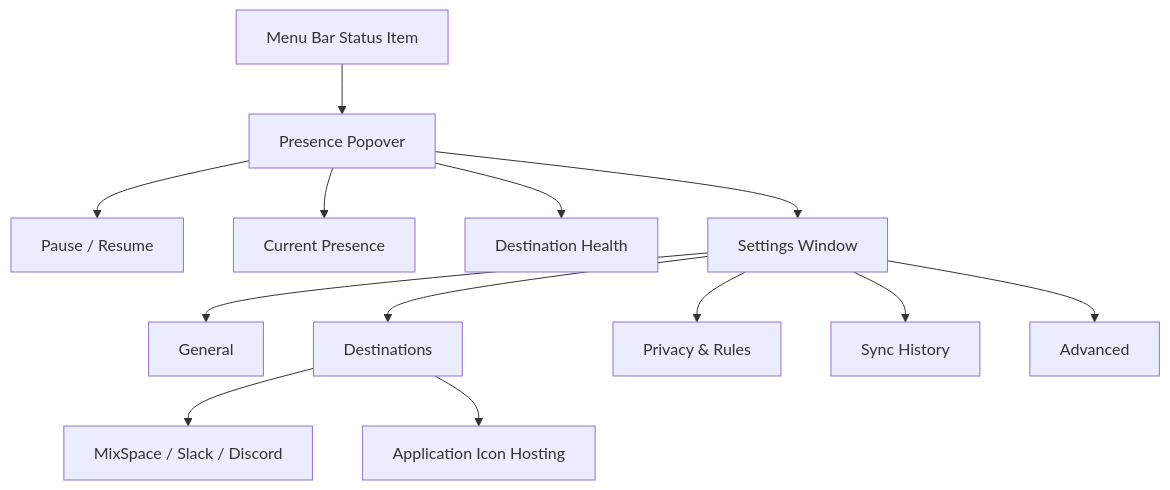
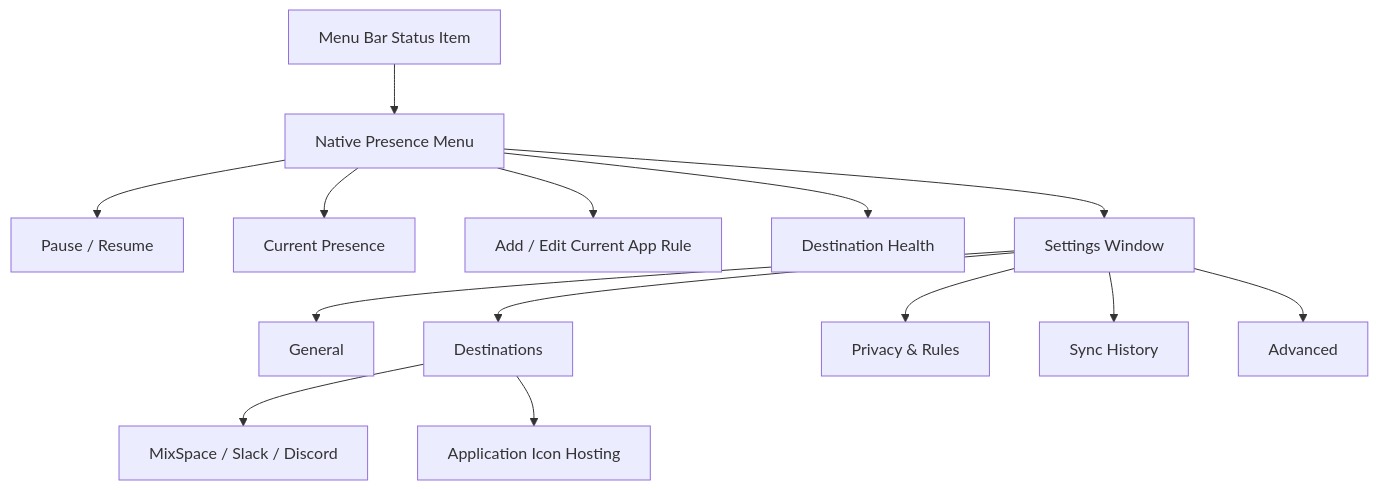
One commit to Innei/ProcessReporter changed the second of 3 diagrams in PRESENCE_PRODUCT_UI_SPEC.md. Above: the diagram before and after it, drawn with Mermaid. The commit also changed other lines of this file and 10 other files, not shown here.

Commit message:
feat: use native menu bar menu

````diff
--- a/PRESENCE_PRODUCT_UI_SPEC.md
+++ b/PRESENCE_PRODUCT_UI_SPEC.md
@@ -171,17 +171,18 @@
 ```mermaid
 flowchart TD
-  STATUS["Menu Bar Status Item"] --> POPOVER["Presence Popover"]
-  POPOVER --> TOGGLE["Pause / Resume"]
-  POPOVER --> NOW["Current Presence"]
-  POPOVER --> HEALTH["Destination Health"]
-  POPOVER --> SETTINGS["Settings Window"]
+  STATUS["Menu Bar Status Item"] --> MENU["Native Presence Menu"]
+  MENU --> TOGGLE["Pause / Resume"]
+  MENU --> NOW["Current Presence"]
+  MENU --> RULE["Add / Edit Current App Rule"]
+  MENU --> HEALTH["Destination Health"]
+  MENU --> SETTINGS["Settings Window"]
 
   SETTINGS --> GENERAL["General"]
   SETTINGS --> DEST["Destinations"]
   SETTINGS --> PRIVACY["Privacy & Rules"]
   SETTINGS --> HISTORY["Sync History"]
   SETTINGS --> ADVANCED["Advanced"]
 
   DEST --> PRESENCE_DEST["MixSpace / Slack / Discord"]
   DEST --> RESOURCES["Application Icon Hosting"]
 ```
````
